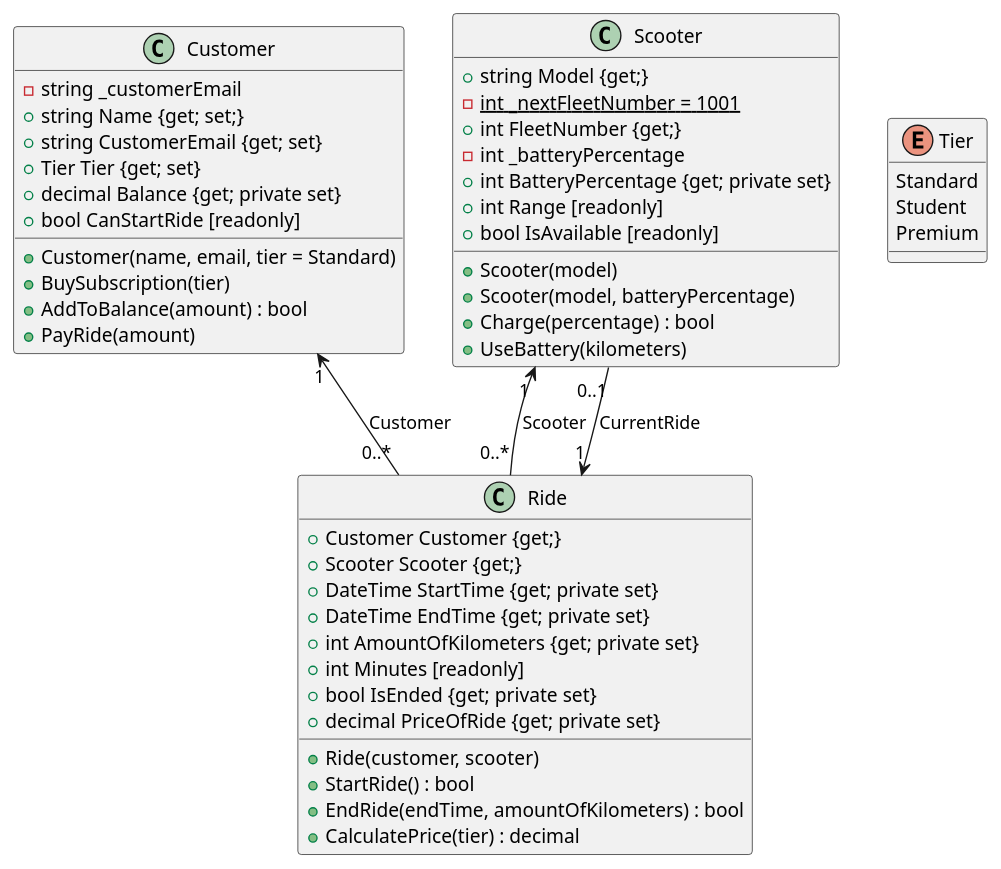
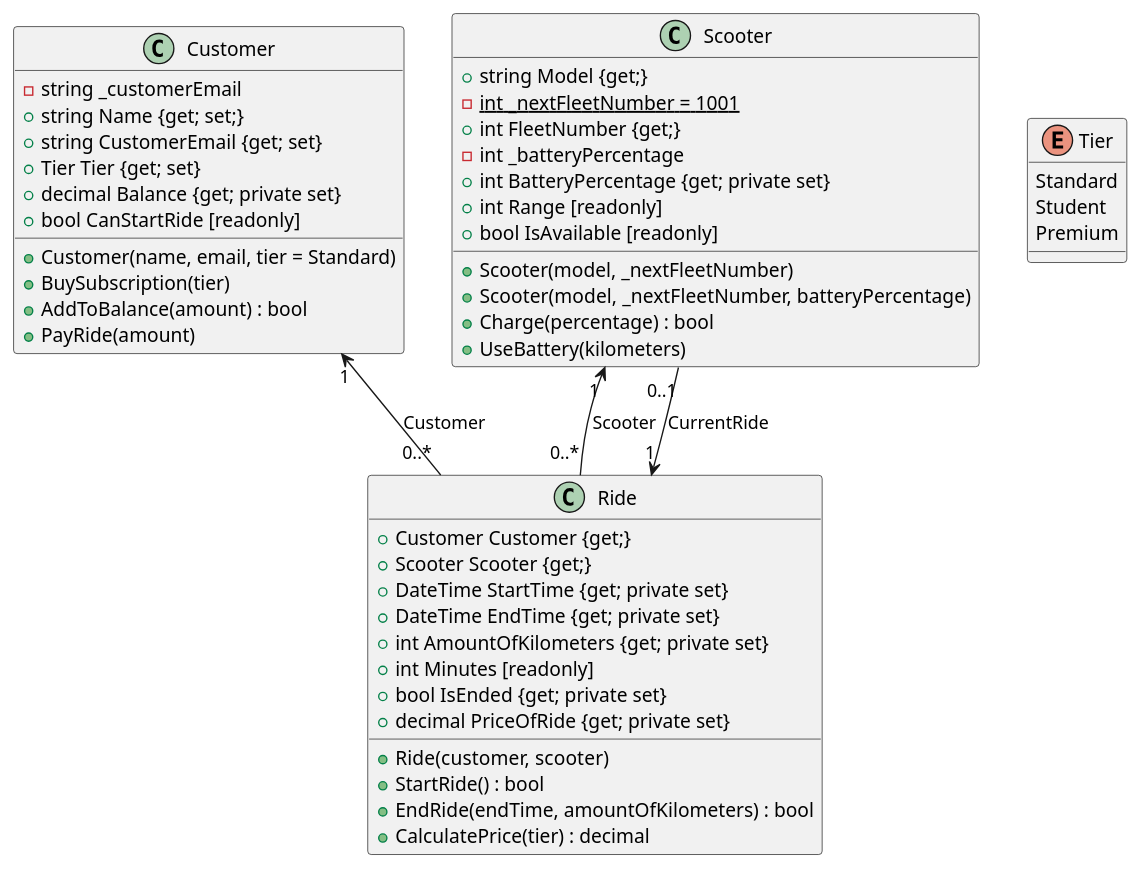
The diagram in model.puml (Anika-Pargfrieder/Scooter_Sharing), drawn with PlantUML before and after one commit.

Commit message:
Update Scooter constructor to include nextFleetNumber

```diff
--- a/model.puml
+++ b/model.puml
@@ -4,58 +4,58 @@
 @startuml
 
 class Customer {
     -string _customerEmail
     +string Name {get; set;}
     +string CustomerEmail {get; set}
     +Tier Tier {get; set}
     +decimal Balance {get; private set}
     +bool CanStartRide [readonly]
 
     +Customer(name, email, tier = Standard)
     +BuySubscription(tier)
     +AddToBalance(amount) : bool
     +PayRide(amount)
 }
 
 class Scooter {
     +string Model {get;}
     {static} -int _nextFleetNumber = 1001
     +int FleetNumber {get;}
     -int _batteryPercentage
     +int BatteryPercentage {get; private set}
     +int Range [readonly]
     +bool IsAvailable [readonly]
 
-    +Scooter(model)
-    +Scooter(model, batteryPercentage)
+    +Scooter(model, _nextFleetNumber)
+    +Scooter(model, _nextFleetNumber, batteryPercentage)
     +Charge(percentage) : bool
     +UseBattery(kilometers)
 }
 
 class Ride {
     +Customer Customer {get;}
     +Scooter Scooter {get;}
     +DateTime StartTime {get; private set}
     +DateTime EndTime {get; private set}
     +int AmountOfKilometers {get; private set}
     +int Minutes [readonly]
     +bool IsEnded {get; private set}
     +decimal PriceOfRide {get; private set}
 
     +Ride(customer, scooter)
     +StartRide() : bool
     +EndRide(endTime, amountOfKilometers) : bool
     +CalculatePrice(tier) : decimal
 }
 
 enum Tier {
     Standard
     Student
     Premium
 }
 
 Customer "1" <-- "0..*" Ride : Customer
 Scooter "1" <-- "0..*" Ride : Scooter
 Scooter "0..1" --> "1" Ride : CurrentRide
 
 @enduml
```
